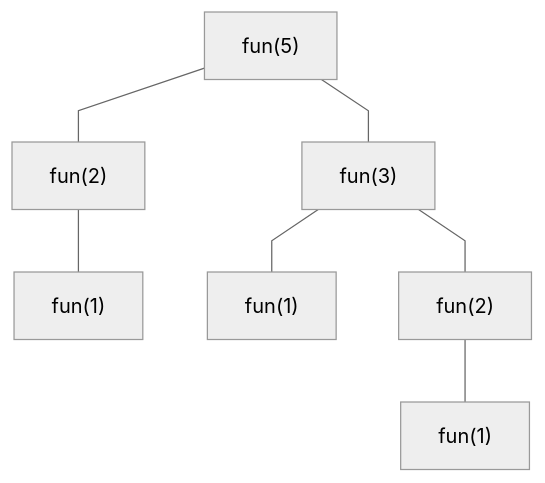
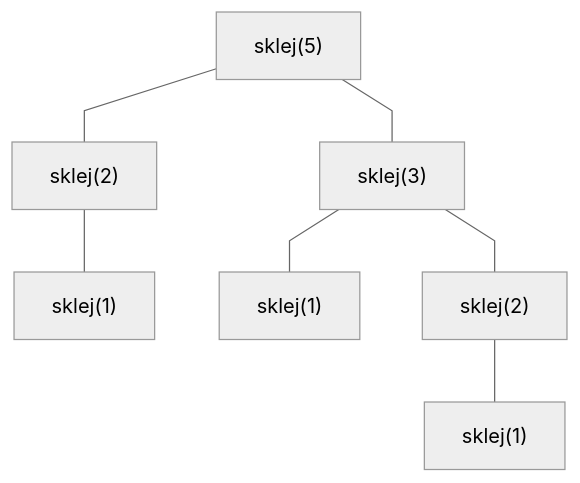
Before and after one commit to blackbat13/cs-htiew-gitbook: the diagram in matura-z-informatyki/przygotowanie/algorithmic/recursion/exercise-4/solution-1.md, drawn with Mermaid. The commit also changed 4 other files, not shown here.

````diff
--- a/matura-z-informatyki/przygotowanie/algorithmic/recursion/exercise-4/solution-1.md
+++ b/matura-z-informatyki/przygotowanie/algorithmic/recursion/exercise-4/solution-1.md
@@ -3,10 +3,10 @@
 ```mermaid
 %%{init: {"flowchart": {"curve": "linear"}, "theme": "neutral"} }%%
 flowchart TD
-	R["fun(5)"] --- R1["fun(2)"]
-    R --- R2["fun(3)"]
-    R1 --- R11["fun(1)"]
-    R2 --- R21["fun(1)"]
-    R2 --- R22["fun(2)"]
-    R22 --- R221["fun(1)"]
+	R["sklej(5)"] --- R1["sklej(2)"]
+    R --- R2["sklej(3)"]
+    R1 --- R11["sklej(1)"]
+    R2 --- R21["sklej(1)"]
+    R2 --- R22["sklej(2)"]
+    R22 --- R221["sklej(1)"]
 ```
````
